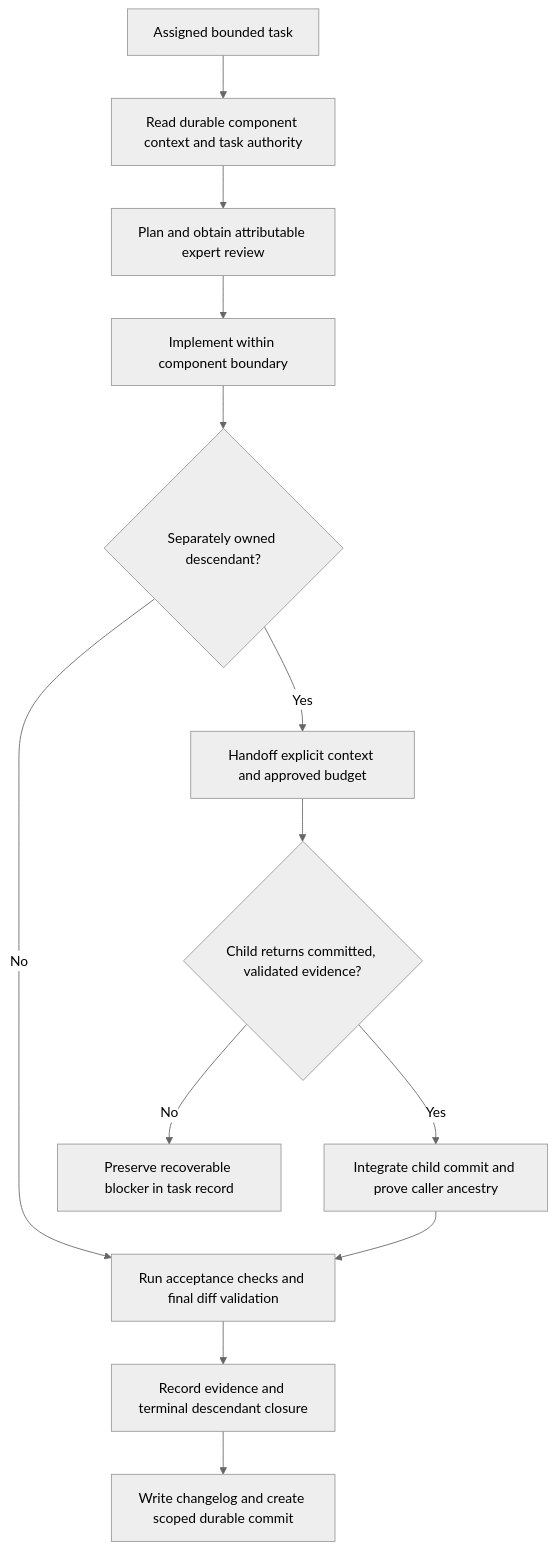
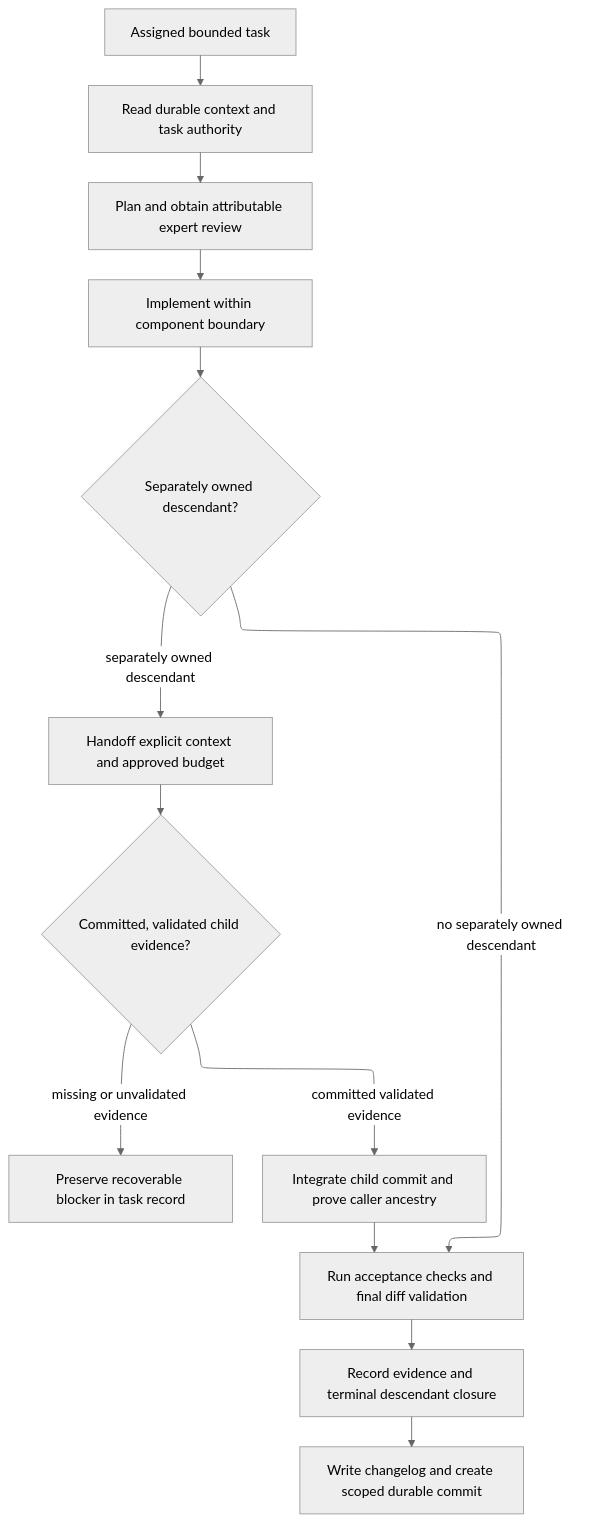
Before and after one commit to abstract-business-systems/as-is: the diagram in agents/component-builder/as-is.md, drawn with Mermaid (neutral theme). The commit also changed other lines of this file and 72 other files, not shown here.

````diff
--- a/agents/component-builder/as-is.md
+++ b/agents/component-builder/as-is.md
@@ -25,15 +26,19 @@
 ```mermaid
-flowchart TD
-    A["Assigned bounded task"] --> B["Read durable component context and task authority"]
-    B --> C["Plan and obtain attributable expert review"]
-    C --> D["Implement within component boundary"]
-    D --> E{"Separately owned descendant?"}
-    E -- "No" --> H["Run acceptance checks and final diff validation"]
-    E -- "Yes" --> F["Handoff explicit context and approved budget"]
-    F --> G{"Child returns committed, validated evidence?"}
-    G -- "No" --> R["Preserve recoverable blocker in task record"]
-    G -- "Yes" --> I["Integrate child commit and prove caller ancestry"]
-    I --> H
-    H --> J["Record evidence and terminal descendant closure"]
-    J --> K["Write changelog and create scoped durable commit"]
+---
+config:
+  layout: elk
+---
+flowchart TB
+    Task["Assigned bounded task"] --> Context["Read durable context and task authority"]
+    Context --> Review["Plan and obtain attributable expert review"]
+    Review --> Implement["Implement within component boundary"]
+    Implement --> Child{"Separately owned descendant?"}
+    Child -->|no separately owned descendant| Validate["Run acceptance checks and final diff validation"]
+    Child -->|separately owned descendant| Handoff["Handoff explicit context and approved budget"]
+    Handoff --> Evidence{"Committed, validated child evidence?"}
+    Evidence -->|missing or unvalidated evidence| Blocker["Preserve recoverable blocker in task record"]
+    Evidence -->|committed validated evidence| Integrate["Integrate child commit and prove caller ancestry"]
+    Integrate --> Validate
+    Validate --> Closure["Record evidence and terminal descendant closure"]
+    Closure --> Commit["Write changelog and create scoped durable commit"]
 ```
````
